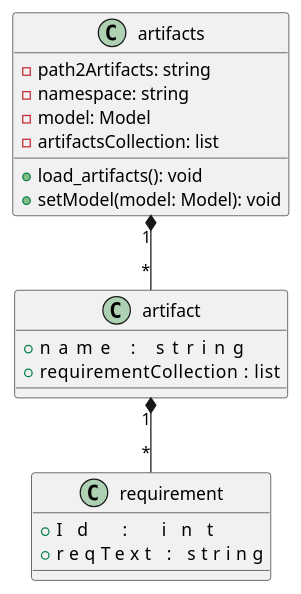
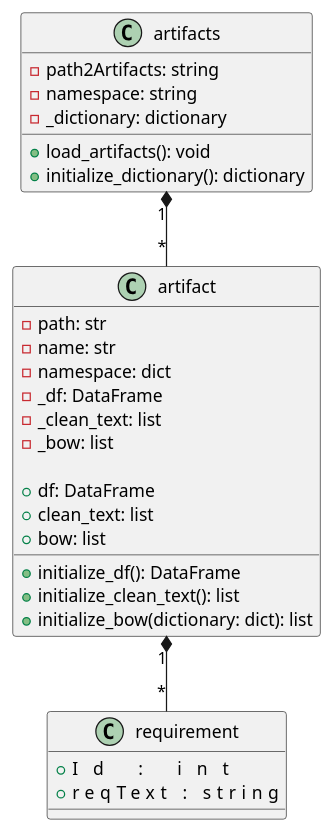
The diagram in Models/class.puml (lfpneto/NLP2RE_Sandbox), drawn with PlantUML before and after one commit. The commit also changed 4 other files, not shown here.

Commit message:
initialize_artifact_BOW()

```diff
--- a/Models/class.puml
+++ b/Models/class.puml
@@ -1,25 +1,35 @@
 @startuml class
 
 class artifacts {
     - path2Artifacts: string
     - namespace: string
-    - model: Model
-    - artifactsCollection: list
+    - _dictionary: dictionary
 
     + load_artifacts(): void
-    + setModel(model: Model): void
+    + initialize_dictionary(): dictionary
 }
 
 class artifact {
-    + name                      : string
-    + requirementCollection     : list
+    - path: str
+    - name: str
+    - namespace: dict
+    - _df: DataFrame
+    - _clean_text: list
+    - _bow: list
+    
+    + initialize_df(): DataFrame
+    + initialize_clean_text(): list
+    + initialize_bow(dictionary: dict): list
+    + df: DataFrame
+    + clean_text: list
+    + bow: list
 }
 
 class requirement {
     + Id                        : int
     + reqText                   : string
 }
 
 artifacts   "1" *-- "*" artifact
 artifact    "1" *-- "*" requirement
 @enduml
```
